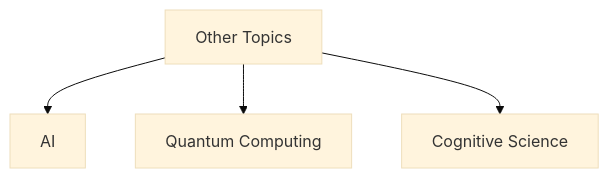
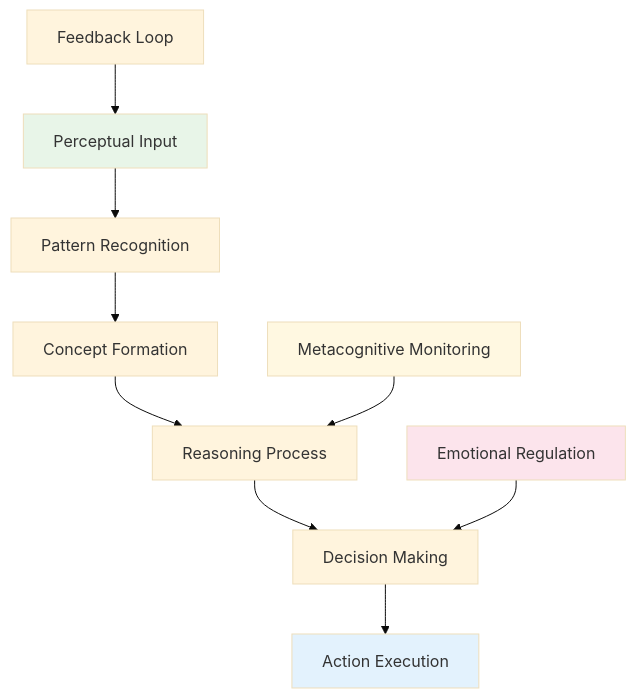
The sixth of 6 diagrams in analysis/1-formal-theory/1.x-other-formal-topics.md (AdaMartin18010/Lean), drawn with Mermaid (base theme) before and after one commit. The commit also changed other lines of this file and 7 other files, not shown here.

````diff
--- a/analysis/1-formal-theory/1.x-other-formal-topics.md
+++ b/analysis/1-formal-theory/1.x-other-formal-topics.md
@@ -316,6 +482,17 @@
 ```mermaid
-graph TD
-  A[Other Topics] --> B[AI]
-  A --> C[Quantum Computing]
-  A --> D[Cognitive Science]
+flowchart TD
+    A[Perceptual Input] --> B[Pattern Recognition]
+    B --> C[Concept Formation]
+    C --> D[Reasoning Process]
+    D --> E[Decision Making]
+    E --> F[Action Execution]
+    
+    G[Feedback Loop] --> A
+    H[Metacognitive Monitoring] --> D
+    I[Emotional Regulation] --> E
+    
+    style A fill:#e8f5e8
+    style F fill:#e3f2fd
+    style H fill:#fff8e1
+    style I fill:#fce4ec
 ```
````
